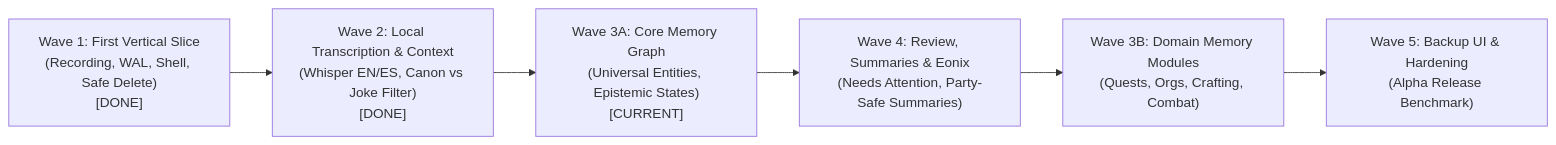
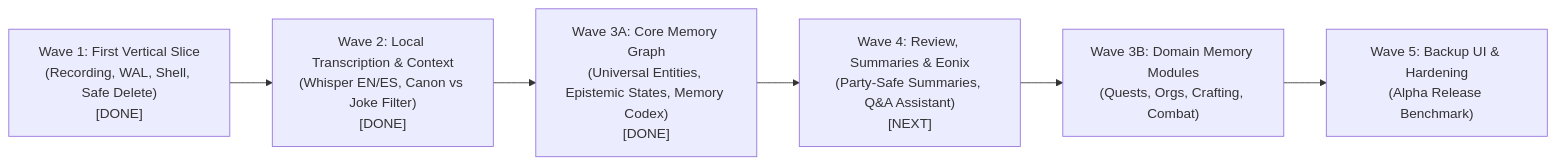
Before and after one commit to jmunozc023/PalantyrV0.2: the diagram in README.md, drawn with Mermaid. The commit also changed other lines of this file and 16 other files, not shown here.

````diff
--- a/README.md
+++ b/README.md
@@ -176,11 +176,11 @@
 ```mermaid
 flowchart LR
     W1["Wave 1: First Vertical Slice\n(Recording, WAL, Shell, Safe Delete)\n[DONE]"]
     W2["Wave 2: Local Transcription & Context\n(Whisper EN/ES, Canon vs Joke Filter)\n[DONE]"]
-    W3A["Wave 3A: Core Memory Graph\n(Universal Entities, Epistemic States)\n[CURRENT]"]
-    W4["Wave 4: Review, Summaries & Eonix\n(Needs Attention, Party-Safe Summaries)"]
+    W3A["Wave 3A: Core Memory Graph\n(Universal Entities, Epistemic States, Memory Codex)\n[DONE]"]
+    W4["Wave 4: Review, Summaries & Eonix\n(Party-Safe Summaries, Q&A Assistant)\n[NEXT]"]
     W3B["Wave 3B: Domain Memory Modules\n(Quests, Orgs, Crafting, Combat)"]
     W5["Wave 5: Backup UI & Hardening\n(Alpha Release Benchmark)"]
 
     W1 --> W2 --> W3A --> W4 --> W3B --> W5
 ```
````
